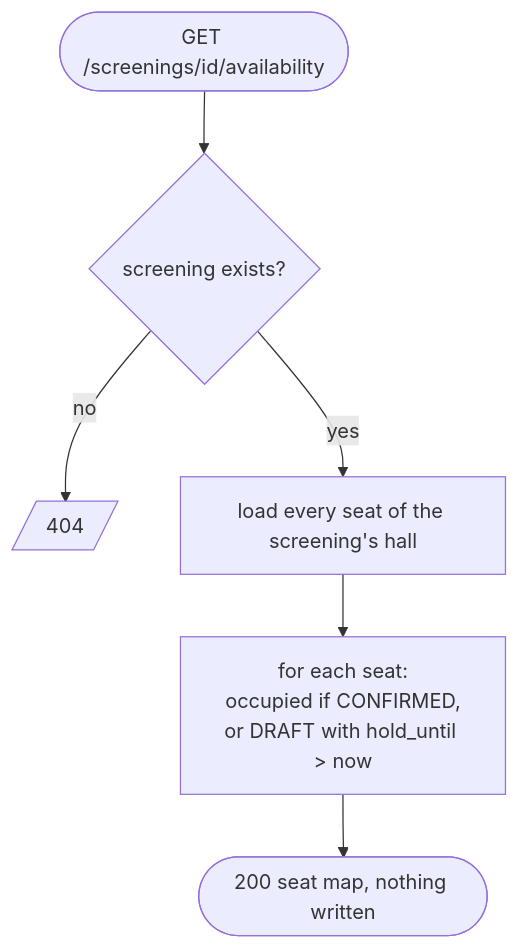
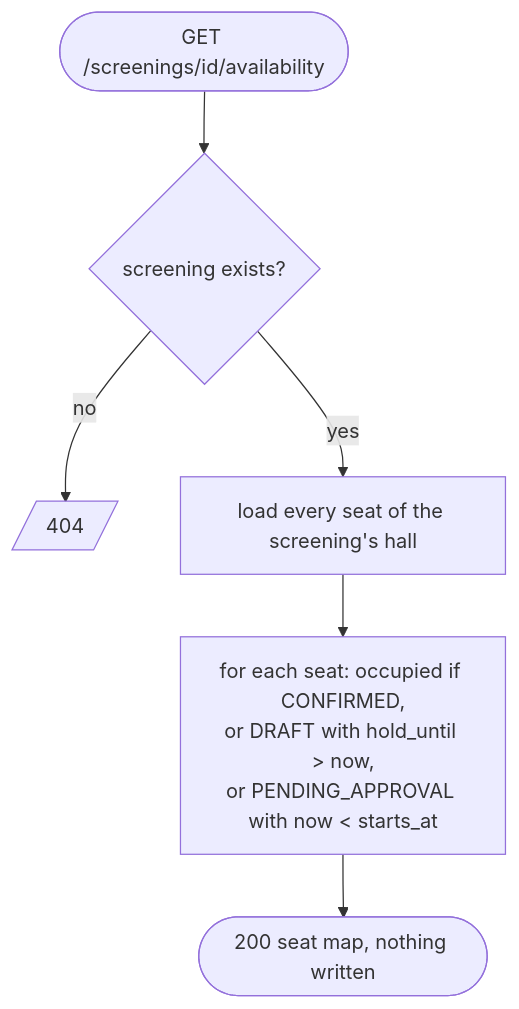
The fourth of 7 diagrams in docs/diagrams.md (SerpentSide/SWI_Projekt), drawn with Mermaid before and after one commit. The commit also changed other lines of this file and 5 other files, not shown here.

First line of the commit message:
C02: baseline v0.2 - approval before confirmation (spec, impact analysis, diagrams)

````diff
--- a/docs/diagrams.md
+++ b/docs/diagrams.md
@@ -110,8 +133,8 @@
 ```mermaid
 flowchart TD
     start([GET /screenings/id/availability]) --> s{screening exists?}
     s -- no --> e404[/404/]
     s -- yes --> load[load every seat of the screening's hall]
-    load --> loop[for each seat:<br/>occupied if CONFIRMED,<br/>or DRAFT with hold_until > now]
+    load --> loop[for each seat: occupied if CONFIRMED,<br/>or DRAFT with hold_until > now,<br/>or PENDING_APPROVAL with now < starts_at]
     loop --> ok([200 seat map, nothing written])
 ```
````
